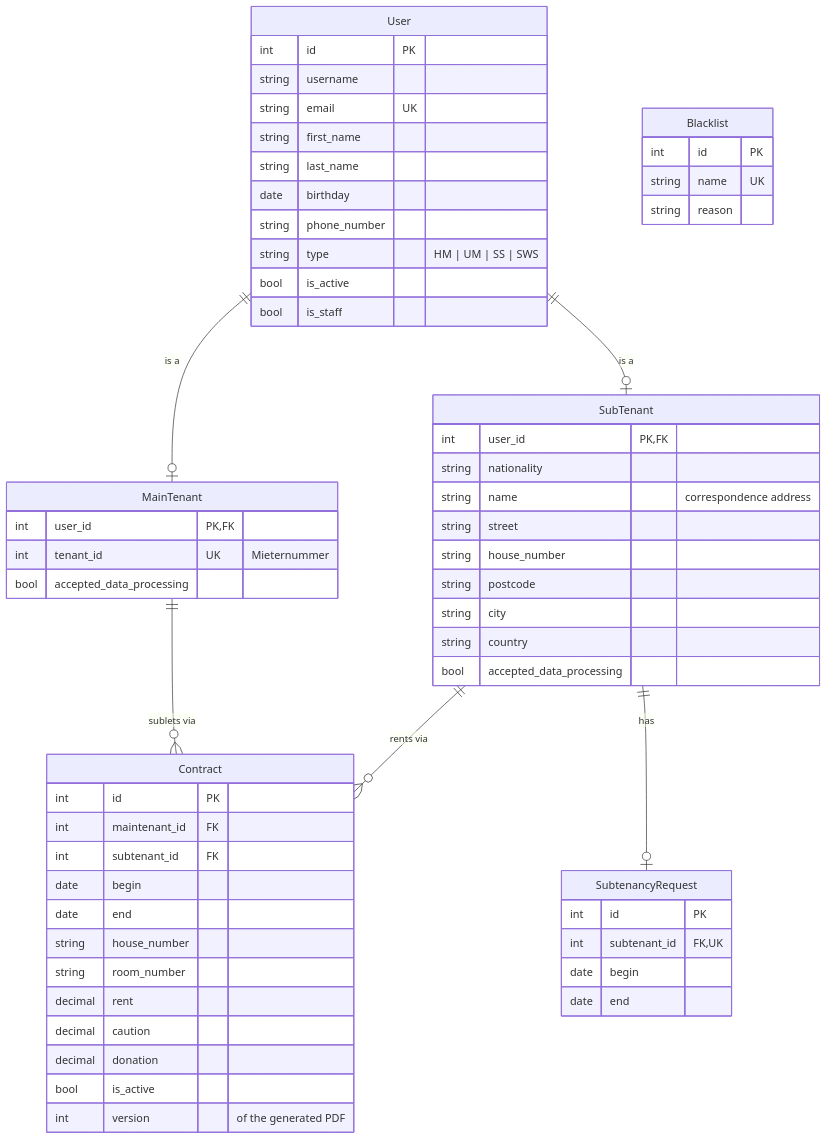
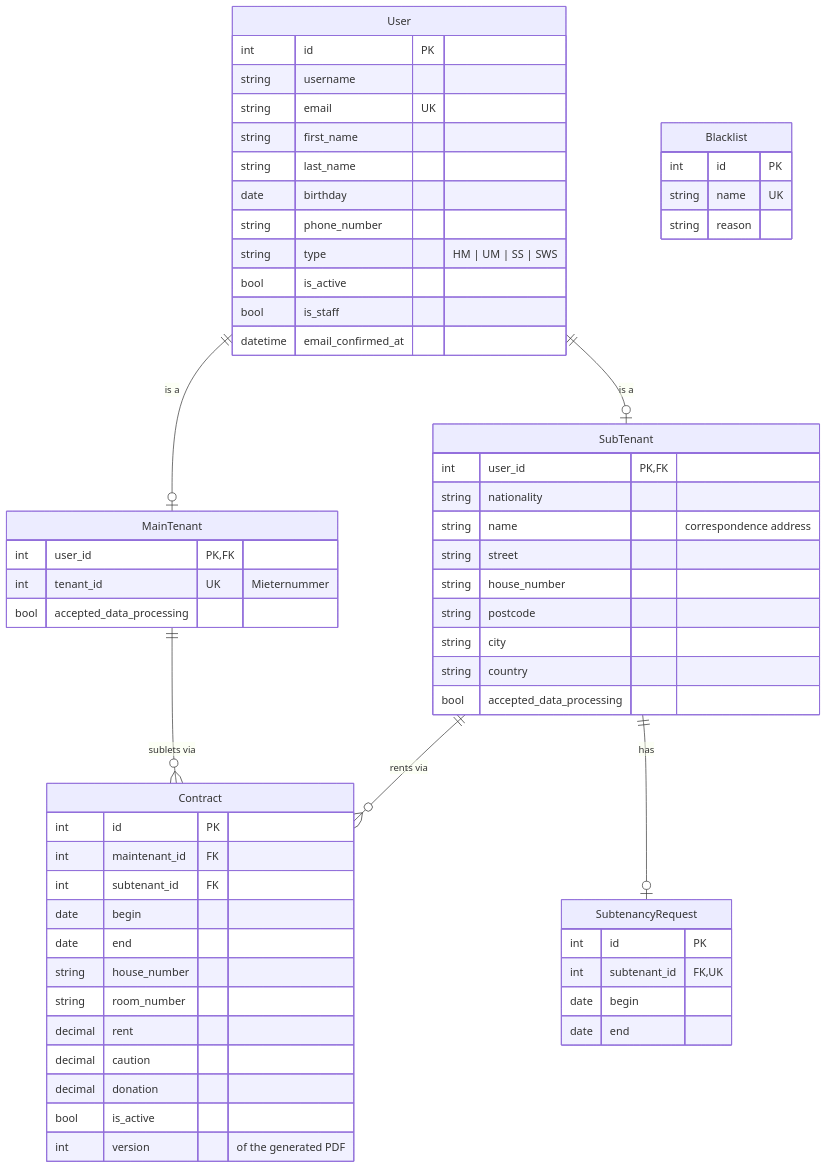
The diagram in README.md (milesstoetzner/straussi3-subtenancy), drawn with Mermaid before and after one commit. The commit also changed other lines of this file and 1 other file, not shown here.

Commit message:
docs: schema diagram adds email_confirmed_at; Release moved under Development, Migration under Operations; devserver.sh renamed to develope.sh

````diff
--- a/README.md
+++ b/README.md
@@ -130,61 +130,62 @@
 ```mermaid
 erDiagram
     User {
         int id PK
         string username
         string email UK
         string first_name
         string last_name
         date birthday
         string phone_number
         string type "HM | UM | SS | SWS"
         bool is_active
         bool is_staff
+        datetime email_confirmed_at
     }
     MainTenant {
         int user_id PK, FK
         int tenant_id UK "Mieternummer"
         bool accepted_data_processing
     }
     SubTenant {
         int user_id PK, FK
         string nationality
         string name "correspondence address"
         string street
         string house_number
         string postcode
         string city
         string country
         bool accepted_data_processing
     }
     SubtenancyRequest {
         int id PK
         int subtenant_id FK, UK
         date begin
         date end
     }
     Contract {
         int id PK
         int maintenant_id FK
         int subtenant_id FK
         date begin
         date end
         string house_number
         string room_number
         decimal rent
         decimal caution
         decimal donation
         bool is_active
         int version "of the generated PDF"
     }
     Blacklist {
         int id PK
         string name UK
         string reason
     }
     User ||--o| MainTenant : "is a"
     User ||--o| SubTenant : "is a"
     SubTenant ||--o| SubtenancyRequest : "has"
     MainTenant ||--o{ Contract : "sublets via"
     SubTenant ||--o{ Contract : "rents via"
 ```
````
